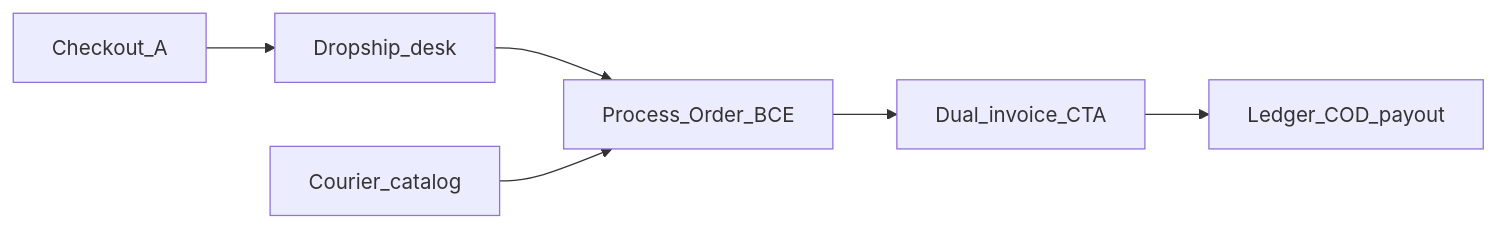
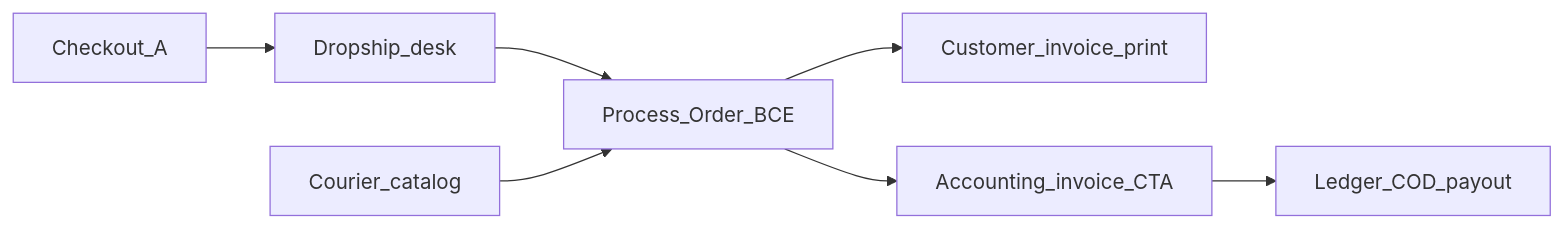
Before and after one commit to david-git-2/brandwala-wholesale-quasar-v2: the fourth of 4 diagrams in doc/SHOP_ORDER_DROPSHIP.md, drawn with Mermaid. The commit also changed other lines of this file and 25 other files, not shown here.

````diff
--- a/doc/SHOP_ORDER_DROPSHIP.md
+++ b/doc/SHOP_ORDER_DROPSHIP.md
@@ -605,12 +629,14 @@
 ```mermaid
 flowchart LR
   checkout[Checkout_A]
   desk[Dropship_desk]
   process[Process_Order_BCE]
+  recipPrint[Customer_invoice_print]
   courierAdmin[Courier_catalog]
-  dual[Dual_invoice_CTA]
+  acct[Accounting_invoice_CTA]
   settle[Ledger_COD_payout]
   checkout --> desk --> process
+  process --> recipPrint
   courierAdmin --> process
-  process --> dual --> settle
+  process --> acct --> settle
 ```
````
